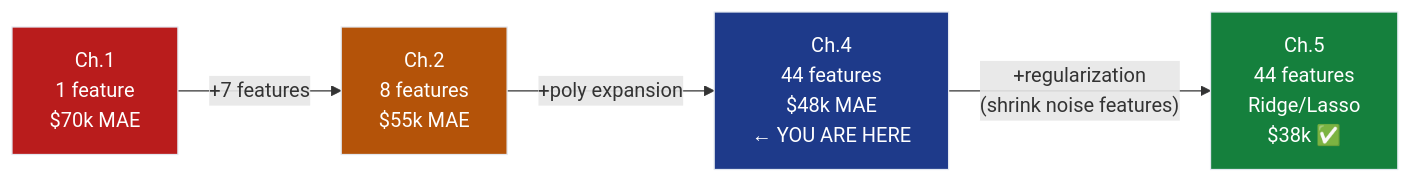
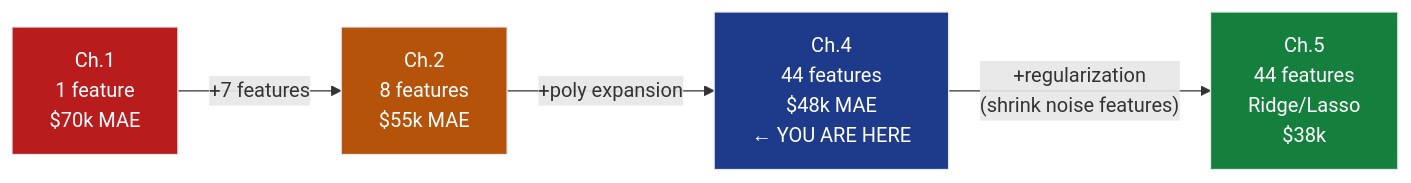
The seventh of 7 diagrams in notes/01-ml/01-regression/ch04_polynomial_features/README.md (dsgouda7/ai-portfolio), drawn with Mermaid before and after one commit. The commit also changed other lines of this file and 179 other files, not shown here.

````diff
--- a/notes/01-ml/01-regression/ch04_polynomial_features/README.md
+++ b/notes/01-ml/01-regression/ch04_polynomial_features/README.md
@@ -635,11 +633,11 @@
 ```mermaid
 flowchart LR
-    CH1["Ch.1\n1 feature\n$70k MAE"] -->|"+7 features"| CH2["Ch.2\n8 features\n$55k MAE"]
-    CH2 -->|"+poly expansion"| CH4["Ch.4\n44 features\n$48k MAE\n← YOU ARE HERE"]
-    CH4 -->|"+regularization\n(shrink noise features)"| CH5["Ch.5\n44 features\nRidge/Lasso\n$38k ✅"]
+ CH1["Ch.1\n1 feature\n$70k MAE"] -->|"+7 features"| CH2["Ch.2\n8 features\n$55k MAE"]
+ CH2 -->|"+poly expansion"| CH4["Ch.4\n44 features\n$48k MAE\n← YOU ARE HERE"]
+ CH4 -->|"+regularization\n(shrink noise features)"| CH5["Ch.5\n44 features\nRidge/Lasso\n$38k "]
 
-    style CH1 fill:#b91c1c,stroke:#e2e8f0,color:#ffffff
-    style CH2 fill:#b45309,stroke:#e2e8f0,color:#ffffff
-    style CH4 fill:#1e3a8a,stroke:#e2e8f0,color:#ffffff
-    style CH5 fill:#15803d,stroke:#e2e8f0,color:#ffffff
+ style CH1 fill:#b91c1c,stroke:#e2e8f0,color:#ffffff
+ style CH2 fill:#b45309,stroke:#e2e8f0,color:#ffffff
+ style CH4 fill:#1e3a8a,stroke:#e2e8f0,color:#ffffff
+ style CH5 fill:#15803d,stroke:#e2e8f0,color:#ffffff
 ```
````
